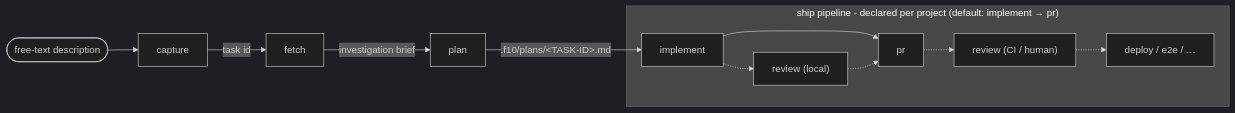
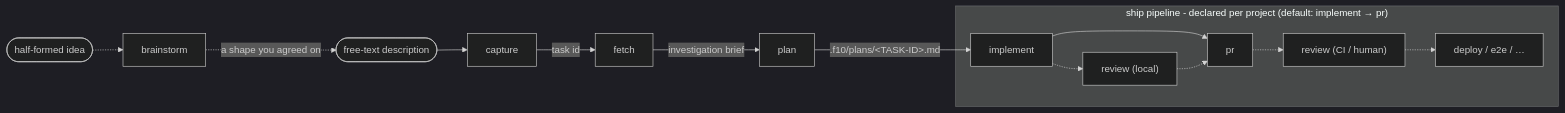
Before and after one commit to amberpixels/f10: the first of 2 diagrams in README.md, drawn with Mermaid (dark theme). The commit also changed other lines of this file and 5 other files, not shown here.

````diff
--- a/README.md
+++ b/README.md
@@ -28,12 +29,14 @@
 ```mermaid
 flowchart LR
+    idea(["half-formed idea"]) -.-> brain[brainstorm]
+    brain -.->|"a shape you agreed on"| desc
     desc(["free-text description"]) --> capSt[capture]
     capSt -->|task id| fetch[fetch]
     fetch -->|investigation brief| plan[plan]
     plan -->|".f10/plans/&lt;TASK-ID&gt;.md"| implement
     subgraph shippipe ["ship pipeline - declared per project (default: implement → pr)"]
         implement[implement] --> pr[pr]
         implement -.-> revL["review (local)"] -.-> pr
         pr -.-> revC["review (CI / human)"] -.-> deploy["deploy / e2e / …"]
     end
 ```
````
